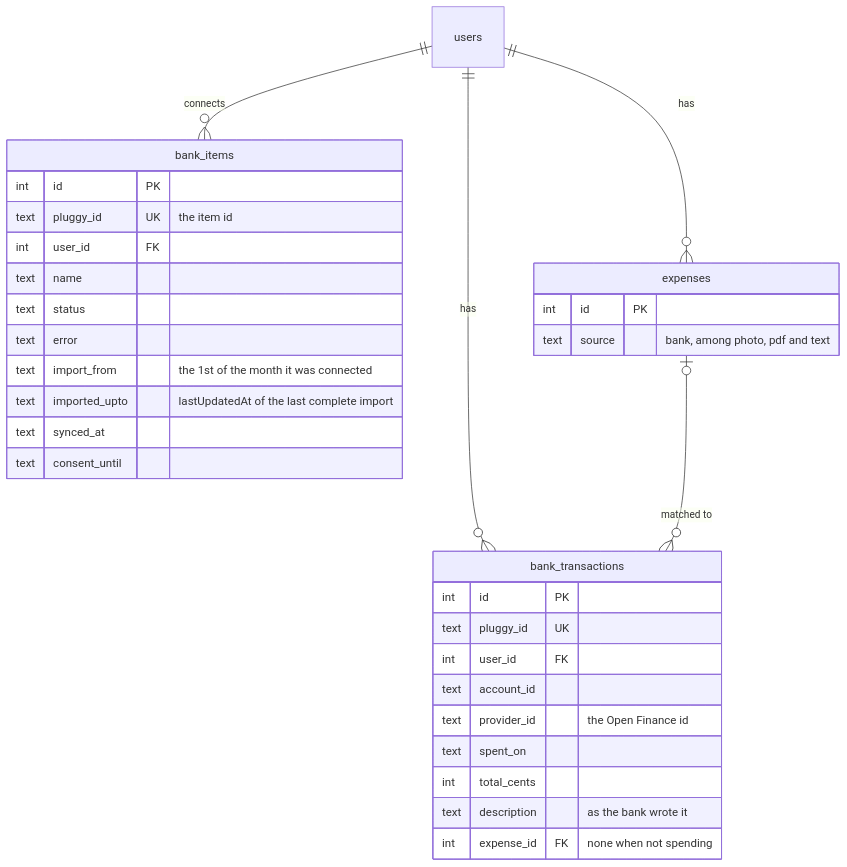
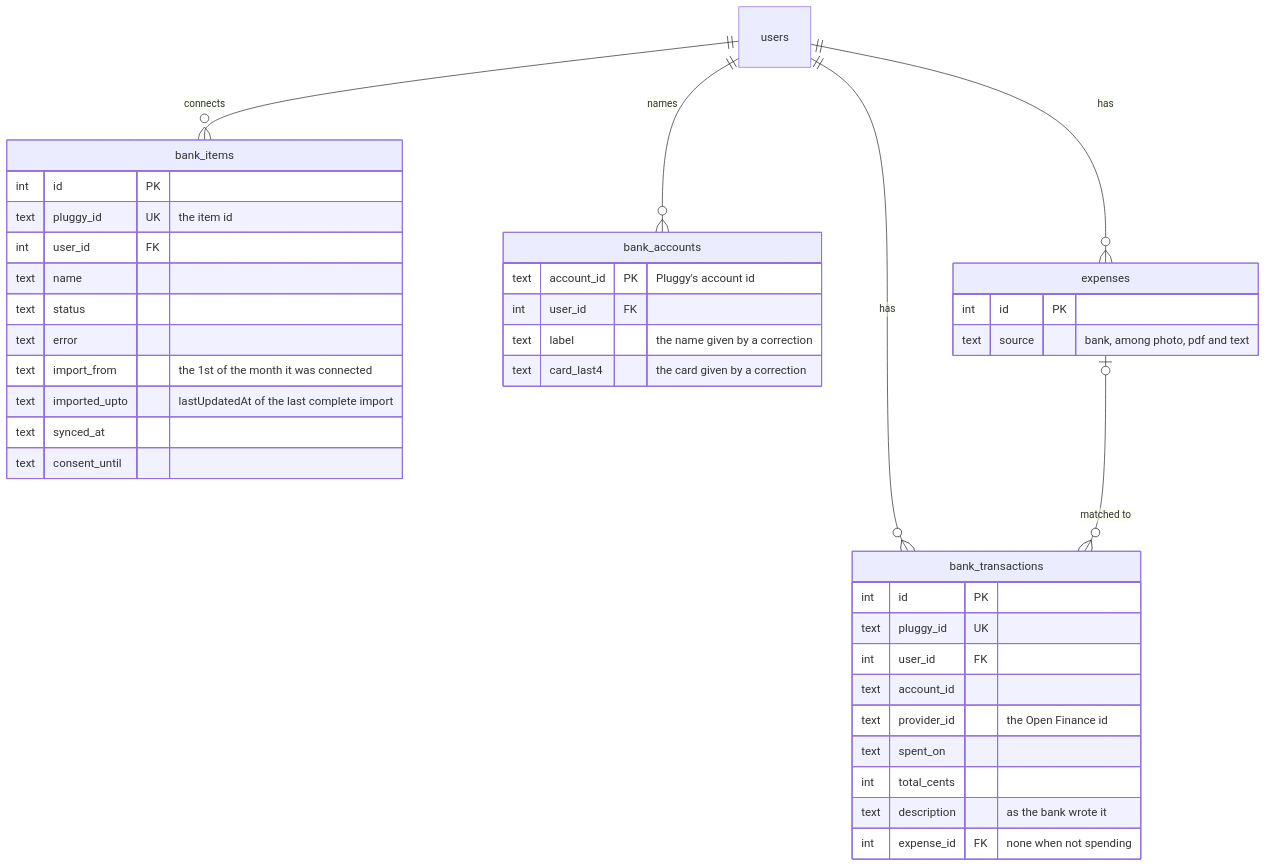
The fourth of 4 diagrams in docs/PLUGGY.md (DeLucca990/argos), drawn with Mermaid before and after one commit. The commit also changed other lines of this file and 7 other files, not shown here.

Commit message:
feat: implement bank account management and corrections handling

````diff
--- a/docs/PLUGGY.md
+++ b/docs/PLUGGY.md
@@ -130,35 +130,42 @@
 ```mermaid
 erDiagram
     users ||--o{ bank_items : connects
     users ||--o{ bank_transactions : "has"
+    users ||--o{ bank_accounts : names
     users ||--o{ expenses : "has"
     expenses |o--o{ bank_transactions : "matched to"
 
     bank_items {
         int id PK
         text pluggy_id UK "the item id"
         int user_id FK
         text name
         text status
         text error
         text import_from "the 1st of the month it was connected"
         text imported_upto "lastUpdatedAt of the last complete import"
         text synced_at
         text consent_until
     }
     bank_transactions {
         int id PK
         text pluggy_id UK
         int user_id FK
         text account_id
         text provider_id "the Open Finance id"
         text spent_on
         int total_cents
         text description "as the bank wrote it"
         int expense_id FK "none when not spending"
     }
+    bank_accounts {
+        text account_id PK "Pluggy's account id"
+        int user_id FK
+        text label "the name given by a correction"
+        text card_last4 "the card given by a correction"
+    }
     expenses {
         int id PK
         text source "bank, among photo, pdf and text"
     }
 ```
````
